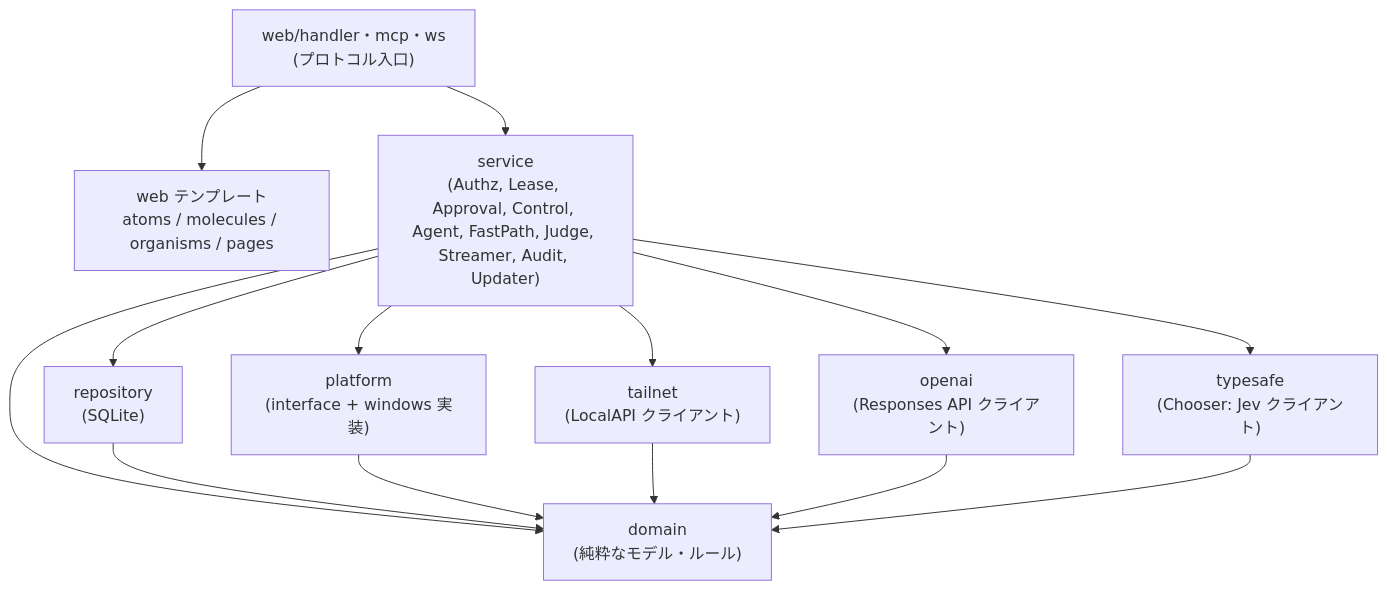
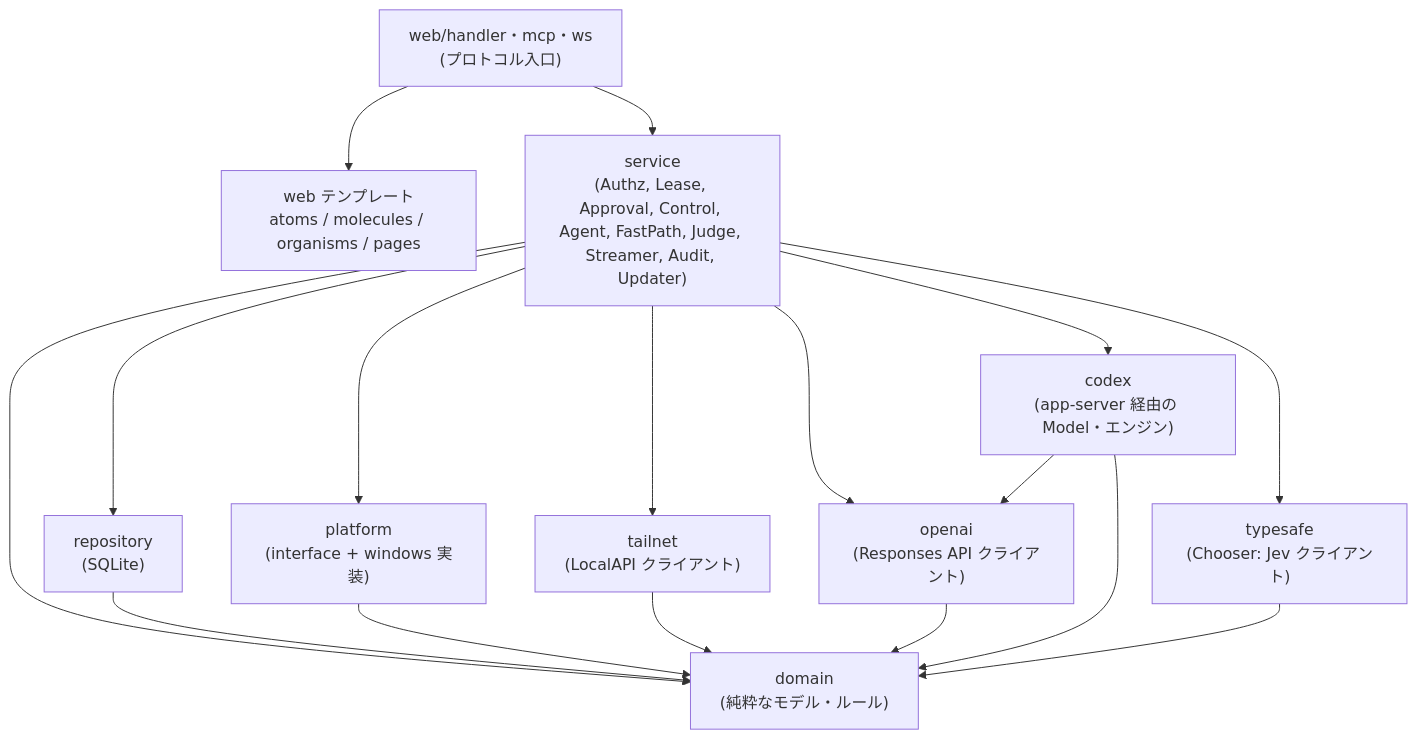
Before and after one commit to ousiassllc/puppet-remo: the second of 10 diagrams in docs/architecture/overview.md, drawn with Mermaid. The commit also changed other lines of this file and 35 other files, not shown here.

Commit message:
feat: Codex の app-server 経由の接続（エンジン取得・JSON-RPC・Model・CodexAuthService）を追加 (#247)

````diff
--- a/docs/architecture/overview.md
+++ b/docs/architecture/overview.md
@@ -140,25 +140,29 @@
 ```mermaid
 graph TD
     H["web/handler・mcp・ws<br/>(プロトコル入口)"]
     T["web テンプレート<br/>atoms / molecules / organisms / pages"]
     S["service<br/>(Authz, Lease, Approval, Control, Agent, FastPath, Judge, Streamer, Audit, Updater)"]
     R["repository<br/>(SQLite)"]
     P["platform<br/>(interface + windows 実装)"]
     TN["tailnet<br/>(LocalAPI クライアント)"]
     OA["openai<br/>(Responses API クライアント)"]
+    CX["codex<br/>(app-server 経由の Model・エンジン)"]
     TY["typesafe<br/>(Chooser: Jev クライアント)"]
     D["domain<br/>(純粋なモデル・ルール)"]
     H --> S
     H --> T
     S --> R
     S --> P
     S --> TN
     S --> D
     R --> D
     P --> D
     TN --> D
     S --> OA
     OA --> D
+    S --> CX
+    CX --> OA
+    CX --> D
     S --> TY
     TY --> D
 ```
````
